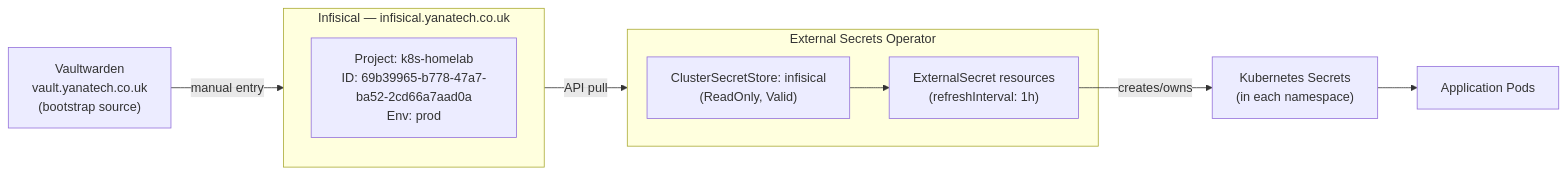
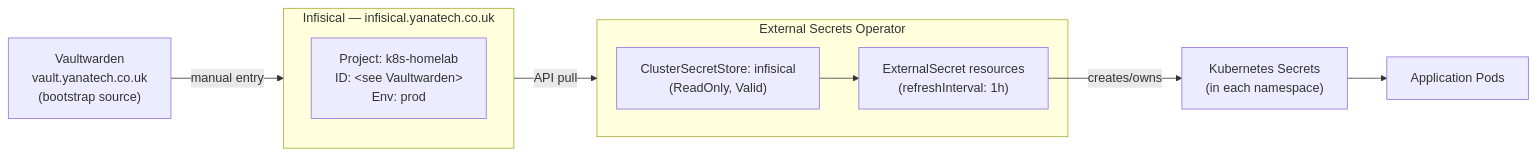
The seventh of 13 diagrams in README.md (akann/k8s-apps), drawn with Mermaid before and after one commit. The commit also changed other lines of this file and 1 other file, not shown here.

Commit message:
docs: redact Infisical project ID and Ceph cluster ID
Both IDs replaced with <see Vaultwarden> — no operational value
in public docs, store in vault.yanatech.co.uk.

````diff
--- a/README.md
+++ b/README.md
@@ -330,19 +330,19 @@
 ```mermaid
 graph LR
     Vaultwarden["Vaultwarden<br/>vault.yanatech.co.uk<br/>(bootstrap source)"] -->|"manual entry"| Infisical
 
     subgraph Infisical["Infisical — infisical.yanatech.co.uk"]
-        Project["Project: k8s-homelab<br/>ID: 69b39965-b778-47a7-ba52-2cd66a7aad0a<br/>Env: prod"]
+        Project["Project: k8s-homelab<br/>ID: &lt;see Vaultwarden&gt;<br/>Env: prod"]
     end
 
     Infisical -->|"API pull"| ESO
 
     subgraph ESO["External Secrets Operator"]
         CSS["ClusterSecretStore: infisical<br/>(ReadOnly, Valid)"]
         ES["ExternalSecret resources<br/>(refreshInterval: 1h)"]
         CSS --> ES
     end
 
     ES -->|"creates/owns"| K8sSecret["Kubernetes Secrets<br/>(in each namespace)"]
     K8sSecret --> Pods["Application Pods"]
 ```
````
